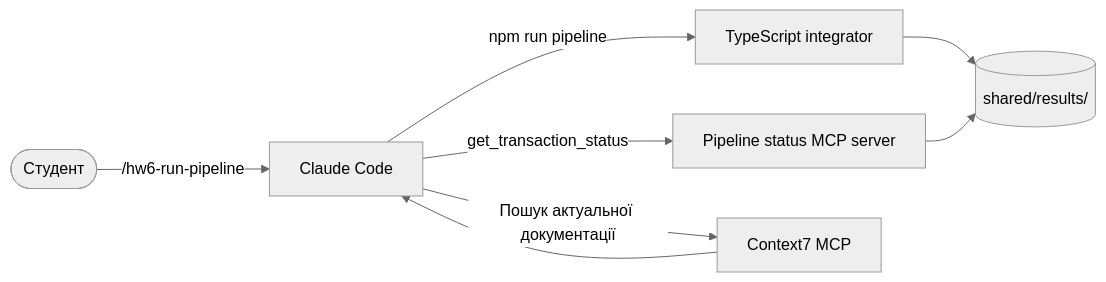
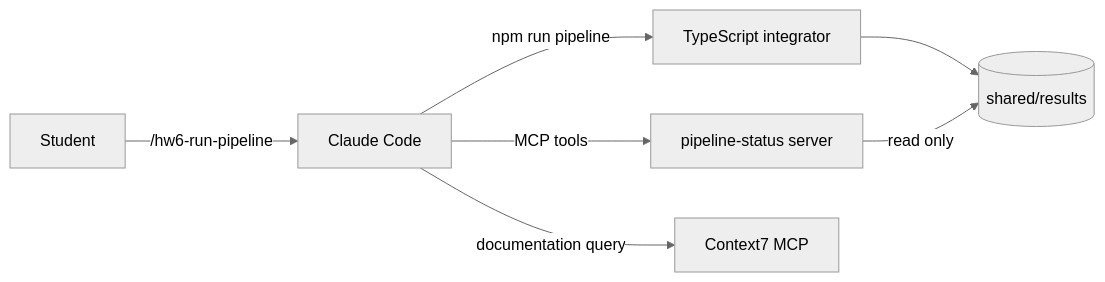
Before and after one commit to zpawn/gen-ai-software-engineering: the second of 2 diagrams in homework-6/README.md, drawn with Mermaid (neutral theme). The commit also changed other lines of this file and 30 other files, not shown here.

````diff
--- a/homework-6/README.md
+++ b/homework-6/README.md
@@ -120,12 +93,9 @@
 ```mermaid
 flowchart LR
-    User([Студент]) -->|/hw6-run-pipeline| Claude[Claude Code]
+    Student -->|/hw6-run-pipeline| Claude[Claude Code]
     Claude -->|npm run pipeline| Integrator[TypeScript integrator]
-    Integrator --> Results[(shared/results/)]
-
-    Claude -->|get_transaction_status| MCP[Pipeline status MCP server]
-    MCP --> Results
-
-    Claude -->|Пошук актуальної документації| Context7[Context7 MCP]
-    Context7 --> Claude
+    Integrator --> Results[(shared/results)]
+    Claude -->|MCP tools| MCP[pipeline-status server]
+    MCP -->|read only| Results
+    Claude -->|documentation query| Context7[Context7 MCP]
 ```
````
